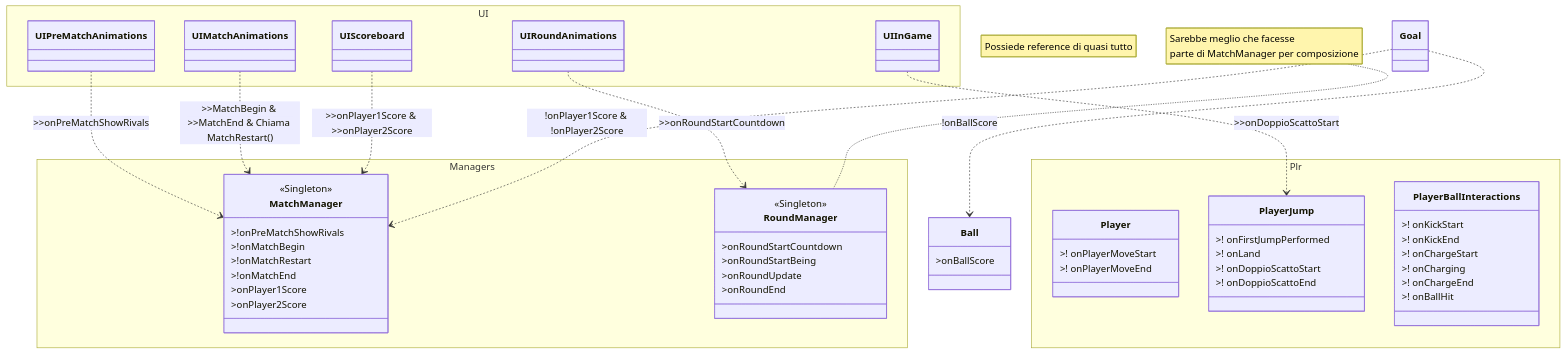
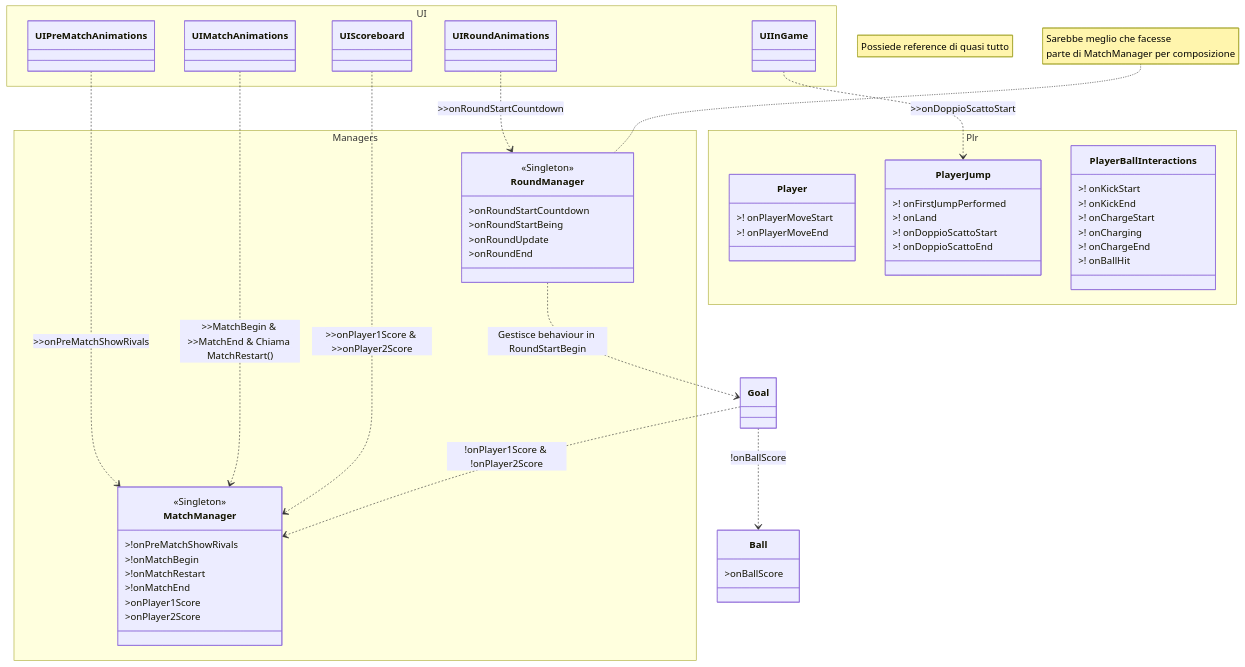
The diagram in Assets/Scripts/EventDiagram.md (0pow-pow0/RumbleSmash), drawn with Mermaid before and after one commit. The commit also changed 273 other files, not shown here.

```diff
--- a/Assets/Scripts/EventDiagram.md
+++ b/Assets/Scripts/EventDiagram.md
@@ -37,6 +37,7 @@
 }
 
 
+RoundManager ..> Goal : Gestisce behaviour in RoundStartBegin
 
 Goal ..> MatchManager : !onPlayer1Score & !onPlayer2Score
 
@@ -96,6 +97,7 @@
 }
 
 
+
 UIInGame ..> PlayerJump : >>onDoppioScattoStart
 
 
```
